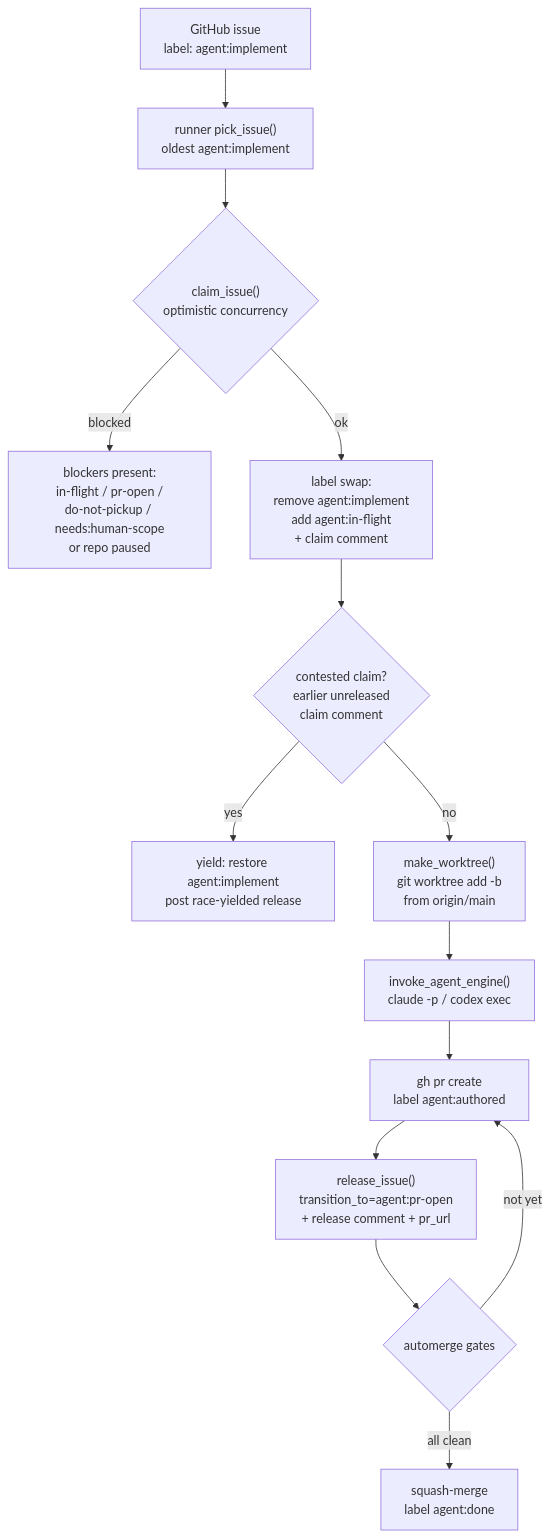
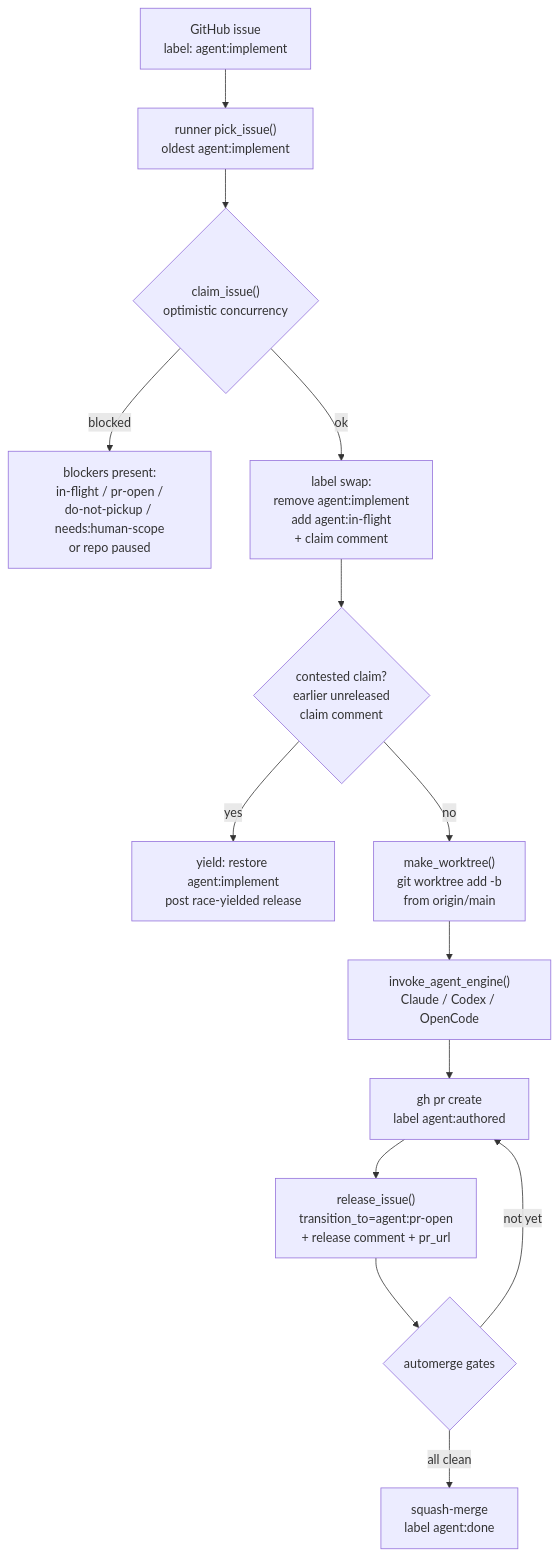
One commit to luminik-io/alfred changed the first of 8 diagrams in docs/ARCHITECTURE.md. Above: the diagram before and after it, drawn with Mermaid. The commit also changed other lines of this file and 97 other files, not shown here.

First line of the commit message:
feat: add OpenCode as an explicit engine (#665)

````diff
--- a/docs/ARCHITECTURE.md
+++ b/docs/ARCHITECTURE.md
@@ -23,24 +23,24 @@
 ```mermaid
 flowchart TD
     issue["GitHub issue<br/>label: agent:implement"]
     pick["runner pick_issue()<br/>oldest agent:implement"]
     claim{"claim_issue()<br/>optimistic concurrency"}
     blocked["blockers present:<br/>in-flight / pr-open /<br/>do-not-pickup / needs:human-scope<br/>or repo paused"]
     swap["label swap:<br/>remove agent:implement<br/>add agent:in-flight<br/>+ claim comment"]
     race{"contested claim?<br/>earlier unreleased<br/>claim comment"}
     yield["yield: restore agent:implement<br/>post race-yielded release"]
     wt["make_worktree()<br/>git worktree add -b<br/>from origin/main"]
-    engine["invoke_agent_engine()<br/>claude -p / codex exec"]
+    engine["invoke_agent_engine()<br/>Claude / Codex / OpenCode"]
     pr["gh pr create<br/>label agent:authored"]
     release["release_issue()<br/>transition_to=agent:pr-open<br/>+ release comment + pr_url"]
     automerge{"automerge gates"}
     merged["squash-merge<br/>label agent:done"]
 
     issue --> pick --> claim
     claim -->|blocked| blocked
     claim -->|ok| swap --> race
     race -->|yes| yield
     race -->|no| wt --> engine --> pr --> release --> automerge
     automerge -->|all clean| merged
     automerge -->|not yet| pr
 ```
````
